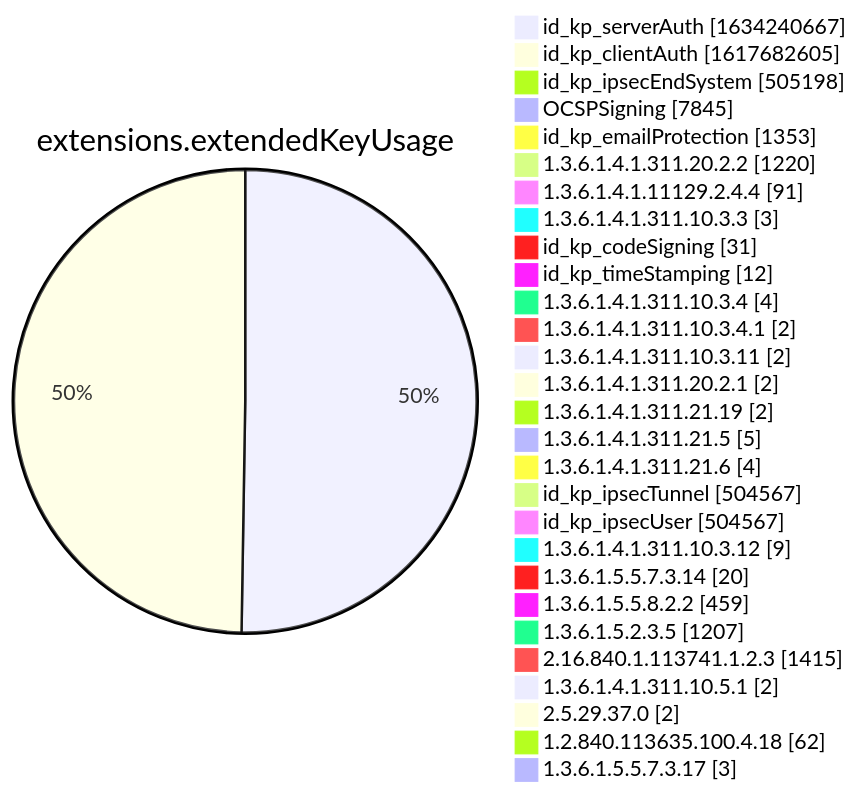
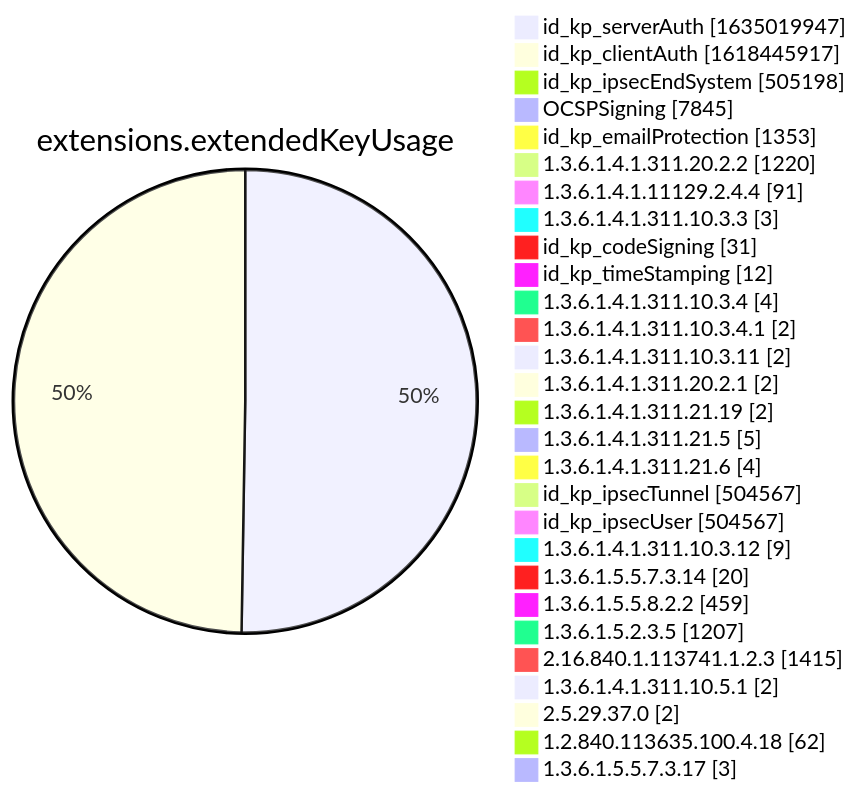
One commit to christiankrug/ctmonitor_visualization changed diagram 12 of 15 in xenon2022/README.md. Above: the diagram before and after it, drawn with Mermaid. The commit also changed other lines of this file, not shown here.

````diff
--- a/xenon2022/README.md
+++ b/xenon2022/README.md
@@ -3886,32 +3886,32 @@
 ```mermaid
 pie showData
 title extensions.extendedKeyUsage
-"id_kp_serverAuth" :1634240667
-"id_kp_clientAuth" :1617682605
+"id_kp_serverAuth" :1635019947
+"id_kp_clientAuth" :1618445917
 "id_kp_ipsecEndSystem" :505198
 "OCSPSigning" :7845
 "id_kp_emailProtection" :1353
 "1.3.6.1.4.1.311.20.2.2" :1220
 "1.3.6.1.4.1.11129.2.4.4" :91
 "1.3.6.1.4.1.311.10.3.3" :3
 "id_kp_codeSigning" :31
 "id_kp_timeStamping" :12
 "1.3.6.1.4.1.311.10.3.4" :4
 "1.3.6.1.4.1.311.10.3.4.1" :2
 "1.3.6.1.4.1.311.10.3.11" :2
 "1.3.6.1.4.1.311.20.2.1" :2
 "1.3.6.1.4.1.311.21.19" :2
 "1.3.6.1.4.1.311.21.5" :5
 "1.3.6.1.4.1.311.21.6" :4
 "id_kp_ipsecTunnel" :504567
 "id_kp_ipsecUser" :504567
 "1.3.6.1.4.1.311.10.3.12" :9
 "1.3.6.1.5.5.7.3.14" :20
 "1.3.6.1.5.5.8.2.2" :459
 "1.3.6.1.5.2.3.5" :1207
 "2.16.840.1.113741.1.2.3" :1415
 "1.3.6.1.4.1.311.10.5.1" :2
 "2.5.29.37.0" :2
 "1.2.840.113635.100.4.18" :62
 "1.3.6.1.5.5.7.3.17" :3
 ```
````
